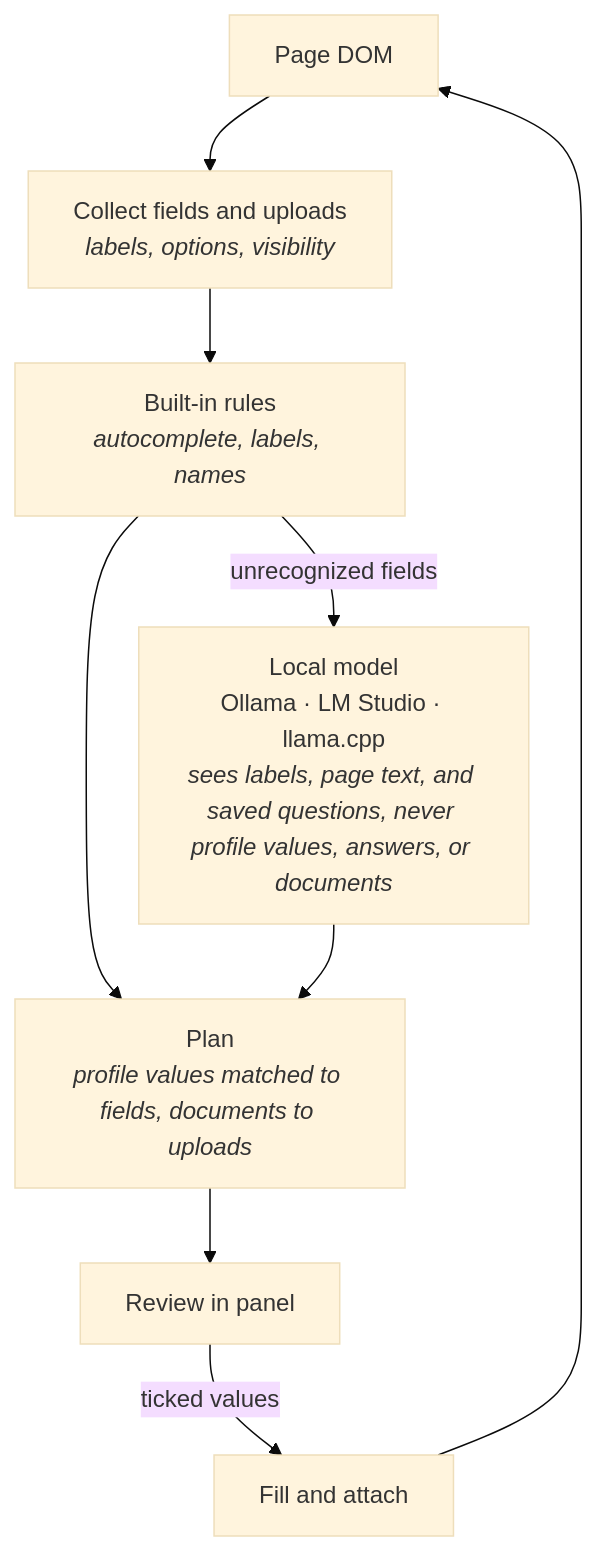
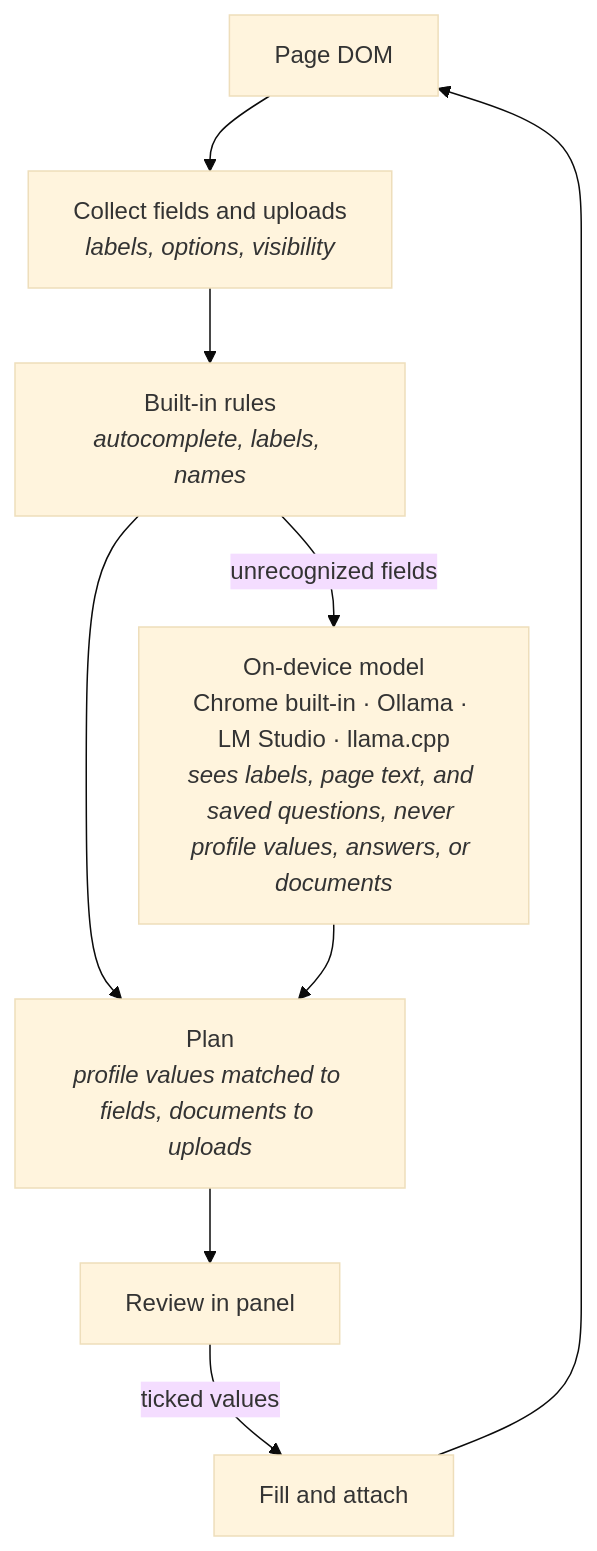
Before and after one commit to dkobia/offline-autofill: the diagram in README.md, drawn with Mermaid (base theme). The commit also changed other lines of this file and 31 other files, not shown here.

Commit message:
Support Chrome Built In Models

````diff
--- a/README.md
+++ b/README.md
@@ -44,15 +45,15 @@
 ```mermaid
 flowchart TD
     page[Page DOM]
     collect["Collect fields and uploads<br/><i>labels, options, visibility</i>"]
     rules["Built-in rules<br/><i>autocomplete, labels, names</i>"]
-    model["Local model<br/>Ollama · LM Studio · llama.cpp<br/><i>sees labels, page text, and saved questions, never profile values, answers, or documents</i>"]
+    model["On-device model<br/>Chrome built-in · Ollama · LM Studio · llama.cpp<br/><i>sees labels, page text, and saved questions, never profile values, answers, or documents</i>"]
     plan["Plan<br/><i>profile values matched to fields, documents to uploads</i>"]
     review[Review in panel]
     fill[Fill and attach]
     page --> collect --> rules
     rules -->|unrecognized fields| model
     rules --> plan
     model --> plan
     plan --> review -->|ticked values| fill --> page
 ```
````
